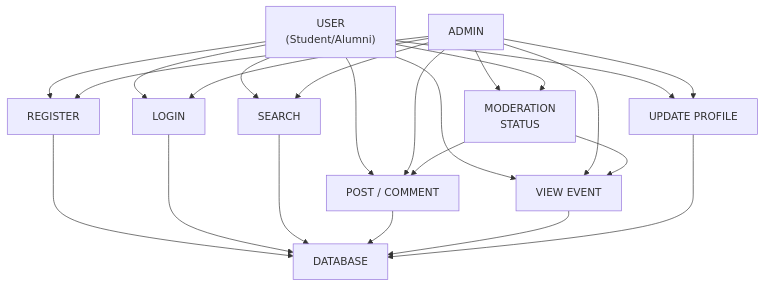
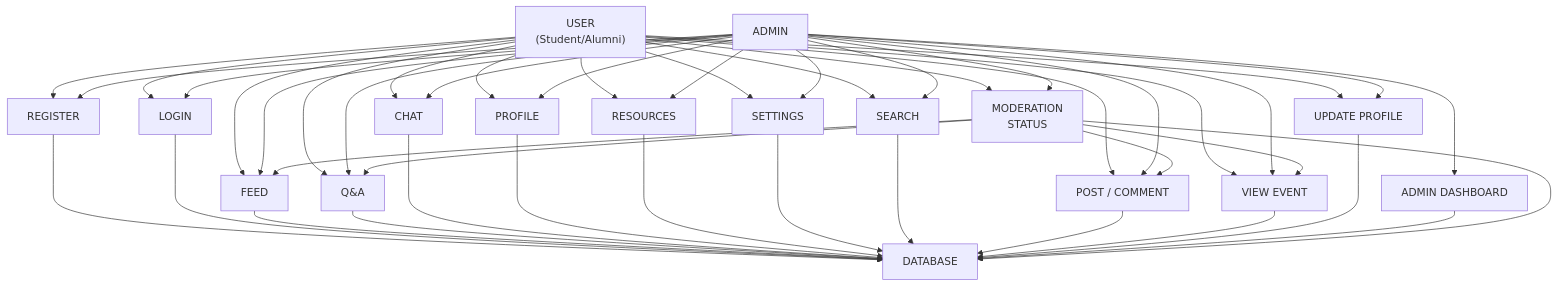
One commit to HackyCoder0951/focus-hub-design-899f45ae changed the diagram in modules_documentation/Methodology.md. Above: the diagram before and after it, drawn with Mermaid.

Commit message:
Update Methodology documentation to enhance user and admin flow representation
- Expanded the mermaid diagram to include additional user and admin processes such as Feed, Q&A, Chat, Profile, Resources, Settings, Admin Dashboard, and Moderation.
- Improved clarity by restructuring sections and updating labels for user and admin flows, ensuring a comprehensive overview of interactions with the database.

````diff
--- a/modules_documentation/Methodology.md
+++ b/modules_documentation/Methodology.md
@@ -1,47 +1,80 @@
 ```mermaid
 
 flowchart TD
     %% Actors
     User["USER<br/>(Student/Alumni)"]
     Admin["ADMIN"]
 
-    %% Processes
+    %% Processes (Modules/Pages/Features)
     Register["REGISTER"]
     Login["LOGIN"]
+    Feed["FEED"]
+    QandA["Q&A"]
+    Chat["CHAT"]
+    Profile["PROFILE"]
+    Resources["RESOURCES"]
+    Settings["SETTINGS"]
     Search["SEARCH"]
     PostComment["POST / COMMENT"]
     ViewEvent["VIEW EVENT"]
     UpdateProfile["UPDATE PROFILE"]
-
-    %% Data Stores
-    Database["DATABASE"]
+    AdminDashboard["ADMIN DASHBOARD"]
     Moderation["MODERATION<br/>STATUS"]
 
-    %% Flows
+    %% Data Store
+    Database["DATABASE"]
+
+    %% User Flows
     User --> Register
     User --> Login
+    User --> Feed
+    User --> QandA
+    User --> Chat
+    User --> Profile
+    User --> Resources
+    User --> Settings
     User --> Search
     User --> PostComment
     User --> ViewEvent
     User --> UpdateProfile
+    User --> Moderation
 
+    %% Admin Flows
     Admin --> Register
     Admin --> Login
+    Admin --> Feed
+    Admin --> QandA
+    Admin --> Chat
+    Admin --> Profile
+    Admin --> Resources
+    Admin --> Settings
     Admin --> Search
     Admin --> PostComment
     Admin --> ViewEvent
     Admin --> UpdateProfile
+    Admin --> AdminDashboard
+    Admin --> Moderation
 
+    %% Process to Database
     Register --> Database
     Login --> Database
+    Feed --> Database
+    QandA --> Database
+    Chat --> Database
+    Profile --> Database
+    Resources --> Database
+    Settings --> Database
     Search --> Database
     PostComment --> Database
     ViewEvent --> Database
     UpdateProfile --> Database
+    AdminDashboard --> Database
+    Moderation --> Database
 
-    Admin --> Moderation
-    User --> Moderation
+    %% Moderation Feedback
     Moderation --> PostComment
+    Moderation --> Feed
+    Moderation --> QandA
     Moderation --> ViewEvent
 
 ```
````
